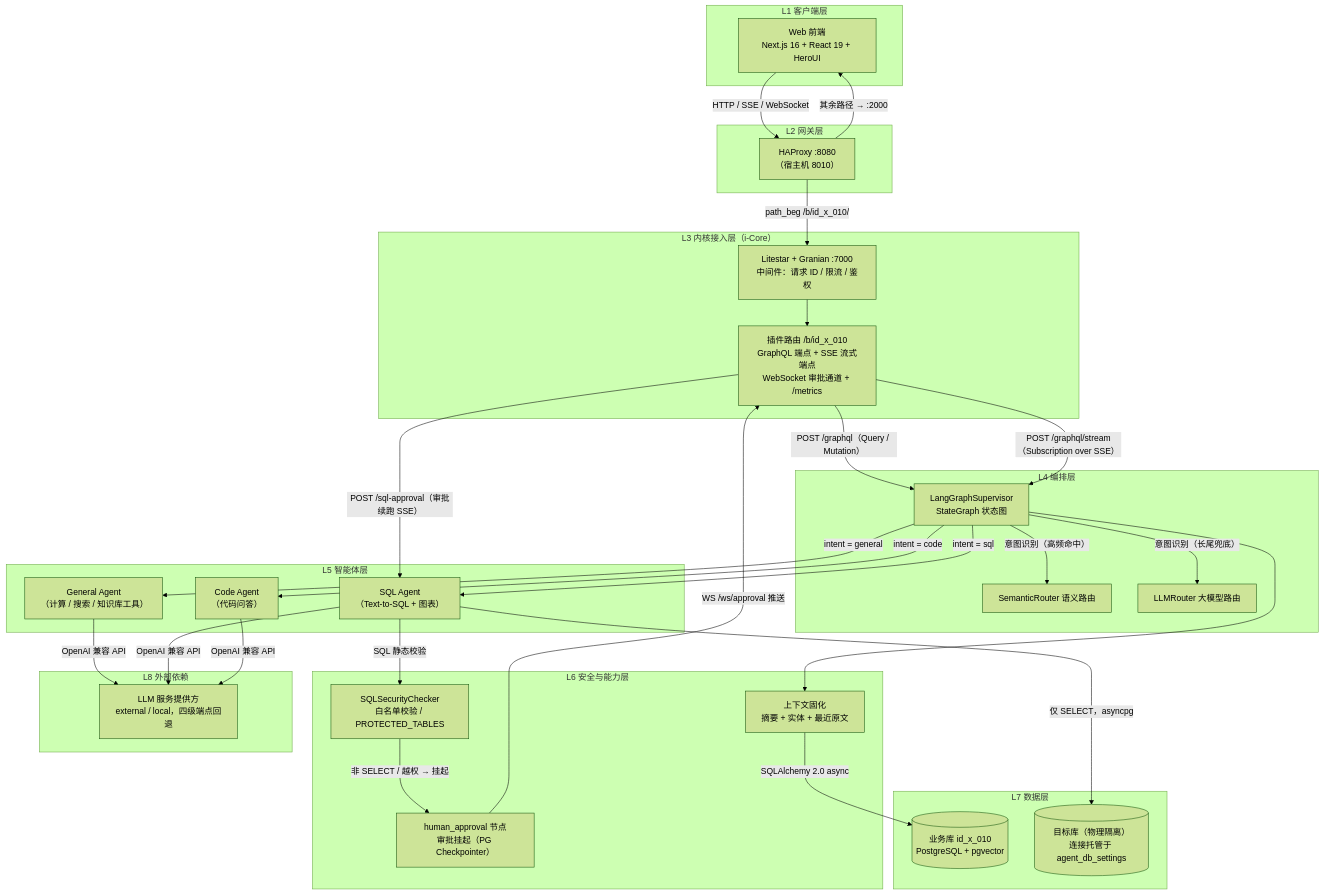
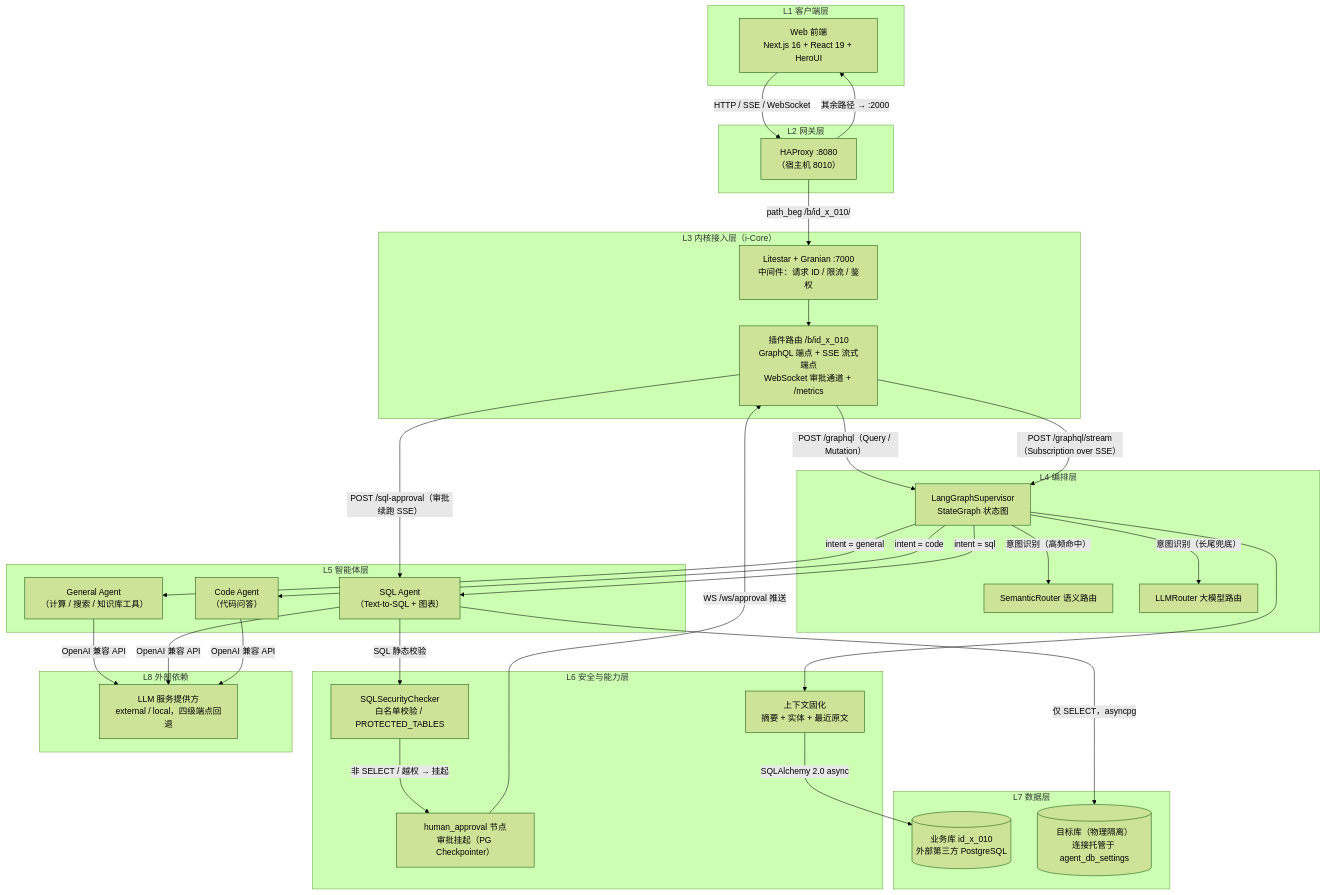
One commit to i-TorchLabs/id_x_010 changed the first of 2 diagrams in README.md. Above: the diagram before and after it, drawn with Mermaid (forest theme). The commit also changed other lines of this file and 32 other files, not shown here.

````diff
--- a/README.md
+++ b/README.md
@@ -66,64 +66,64 @@
 ```mermaid
 graph TD
     subgraph L1["L1 客户端层"]
         UI["Web 前端<br/>Next.js 16 + React 19 + HeroUI"]
     end
 
     subgraph L2["L2 网关层"]
         GW["HAProxy :8080<br/>（宿主机 8010）"]
     end
 
     subgraph L3["L3 内核接入层（i-Core）"]
         CORE["Litestar + Granian :7000<br/>中间件：请求 ID / 限流 / 鉴权"]
         API["插件路由 /b/id_x_010<br/>GraphQL 端点 + SSE 流式端点<br/>WebSocket 审批通道 + /metrics"]
     end
 
     subgraph L4["L4 编排层"]
         SUP["LangGraphSupervisor<br/>StateGraph 状态图"]
         SR["SemanticRouter 语义路由"]
         LR["LLMRouter 大模型路由"]
     end
 
     subgraph L5["L5 智能体层"]
         GA["General Agent<br/>（计算 / 搜索 / 知识库工具）"]
         SA["SQL Agent<br/>（Text-to-SQL + 图表）"]
         CA["Code Agent<br/>（代码问答）"]
     end
 
     subgraph L6["L6 安全与能力层"]
         SEC["SQLSecurityChecker<br/>白名单校验 / PROTECTED_TABLES"]
         HAP["human_approval 节点<br/>审批挂起（PG Checkpointer）"]
         MEM["上下文固化<br/>摘要 + 实体 + 最近原文"]
     end
 
     subgraph L7["L7 数据层"]
-        BDB[("业务库 id_x_010<br/>PostgreSQL + pgvector")]
+        BDB[("业务库 id_x_010<br/>外部第三方 PostgreSQL")]
         TDB[("目标库（物理隔离）<br/>连接托管于 agent_db_settings")]
     end
 
     subgraph L8["L8 外部依赖"]
         LLM["LLM 服务提供方<br/>external / local，四级端点回退"]
     end
 
     UI -->|"HTTP / SSE / WebSocket"| GW
     GW -->|"path_beg /b/id_x_010/"| CORE
     GW -->|"其余路径 → :2000"| UI
     CORE --> API
     API -->|"POST /graphql（Query / Mutation）"| SUP
     API -->|"POST /graphql/stream（Subscription over SSE）"| SUP
     API -->|"POST /sql-approval（审批续跑 SSE）"| SA
     SUP -->|"意图识别（高频命中）"| SR
     SUP -->|"意图识别（长尾兜底）"| LR
     SUP -->|"intent = general"| GA
     SUP -->|"intent = sql"| SA
     SUP -->|"intent = code"| CA
     SA -->|"SQL 静态校验"| SEC
     SEC -->|"非 SELECT / 越权 → 挂起"| HAP
     HAP -->|"WS /ws/approval 推送"| API
     SA -->|"仅 SELECT，asyncpg"| TDB
     SUP --> MEM
     MEM -->|"SQLAlchemy 2.0 async"| BDB
     GA -->|"OpenAI 兼容 API"| LLM
     SA -->|"OpenAI 兼容 API"| LLM
     CA -->|"OpenAI 兼容 API"| LLM
 ```
````
